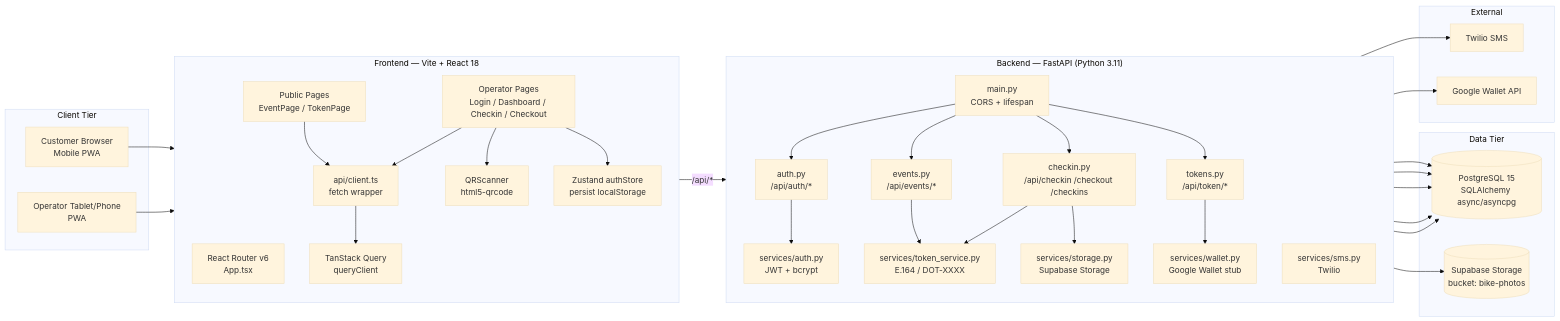
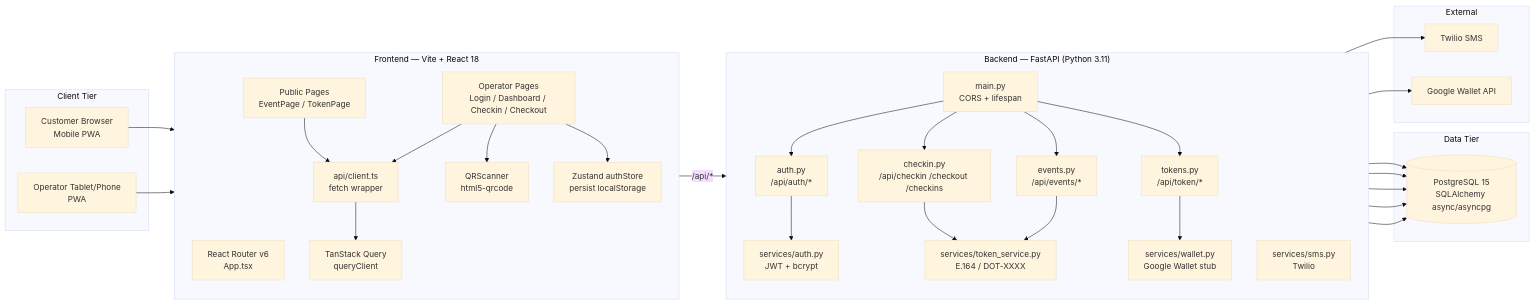
One commit to Alessandro-Arensi/dotto_valet changed the first of 5 diagrams in codebase-analysis-docs/assets/architecture.md. Above: the diagram before and after it, drawn with Mermaid (base theme). The commit also changed other lines of this file and 10 other files, not shown here.

````diff
--- a/codebase-analysis-docs/assets/architecture.md
+++ b/codebase-analysis-docs/assets/architecture.md
@@ -5,64 +5,61 @@
 ```mermaid
 flowchart LR
     subgraph Client["Client Tier"]
         CU[Customer Browser<br/>Mobile PWA]
         OP[Operator Tablet/Phone<br/>PWA]
     end
 
     subgraph Frontend["Frontend — Vite + React 18"]
         direction TB
         Router[React Router v6<br/>App.tsx]
         PubPage[Public Pages<br/>EventPage / TokenPage]
         OpPage[Operator Pages<br/>Login / Dashboard / Checkin / Checkout]
         Store[Zustand authStore<br/>persist localStorage]
         QRY[TanStack Query<br/>queryClient]
         APIC[api/client.ts<br/>fetch wrapper]
         QR[QRScanner<br/>html5-qrcode]
     end
 
     subgraph Backend["Backend — FastAPI (Python 3.11)"]
         direction TB
         Main[main.py<br/>CORS + lifespan]
         RAuth[auth.py<br/>/api/auth/*]
         REvt[events.py<br/>/api/events/*]
         RCk[checkin.py<br/>/api/checkin /checkout /checkins]
         RTok[tokens.py<br/>/api/token/*]
         SAuth[services/auth.py<br/>JWT + bcrypt]
         STok[services/token_service.py<br/>E.164 / DOT-XXXX]
         SSMS[services/sms.py<br/>Twilio]
         SWlt[services/wallet.py<br/>Google Wallet stub]
-        SStor[services/storage.py<br/>Supabase Storage]
     end
 
     subgraph Data["Data Tier"]
         PG[(PostgreSQL 15<br/>SQLAlchemy async/asyncpg)]
-        SB[(Supabase Storage<br/>bucket: bike-photos)]
     end
 
     subgraph External["External"]
         TW[Twilio SMS]
         GW[Google Wallet API]
     end
 
     CU --> PubPage
     OP --> OpPage
     PubPage --> APIC
     OpPage --> APIC
     OpPage --> QR
     APIC --> QRY
     OpPage --> Store
     APIC -- "/api/*" --> Main
     Main --> RAuth & REvt & RCk & RTok
     RAuth --> SAuth
-    RCk --> STok & SStor
+    RCk --> STok
     REvt --> STok
     RTok --> SWlt
     SAuth --> PG
     RAuth --> PG
     REvt --> PG
     RCk --> PG
     RTok --> PG
-    SStor --> SB
     SSMS --> TW
     SWlt --> GW
 ```
````
